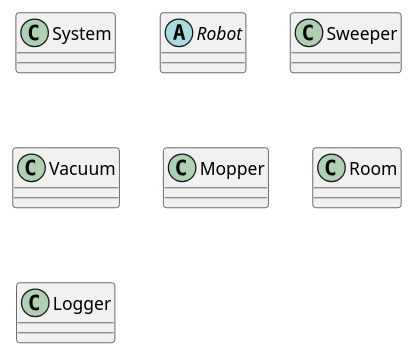
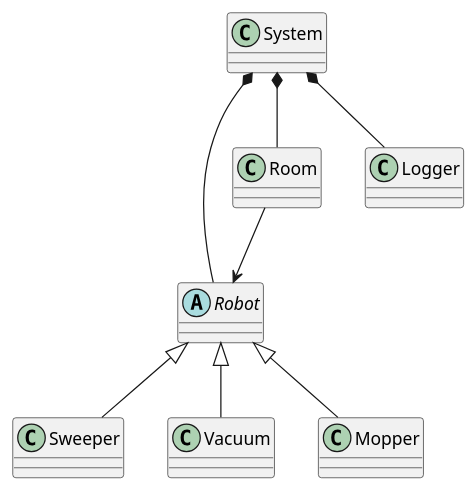
The diagram in docs/design/class_diagram/class_diagram.puml (arisk02/robot-fleet-management-system), drawn with PlantUML before and after one commit.

Commit message:
Added basic arrows and use information

```diff
--- a/docs/design/class_diagram/class_diagram.puml
+++ b/docs/design/class_diagram/class_diagram.puml
@@ -1,11 +1,17 @@
 @startuml
 Class System
 Abstract class Robot
 class Sweeper
 class Vacuum
 class Mopper
 class Room
 class Logger
-
+System *-- Robot
+Robot <|-- Sweeper
+Robot <|-- Vacuum
+Robot <|-- Mopper
+System *-- Room
+System *-- Logger
+Room --> Robot
 
 @enduml
```
